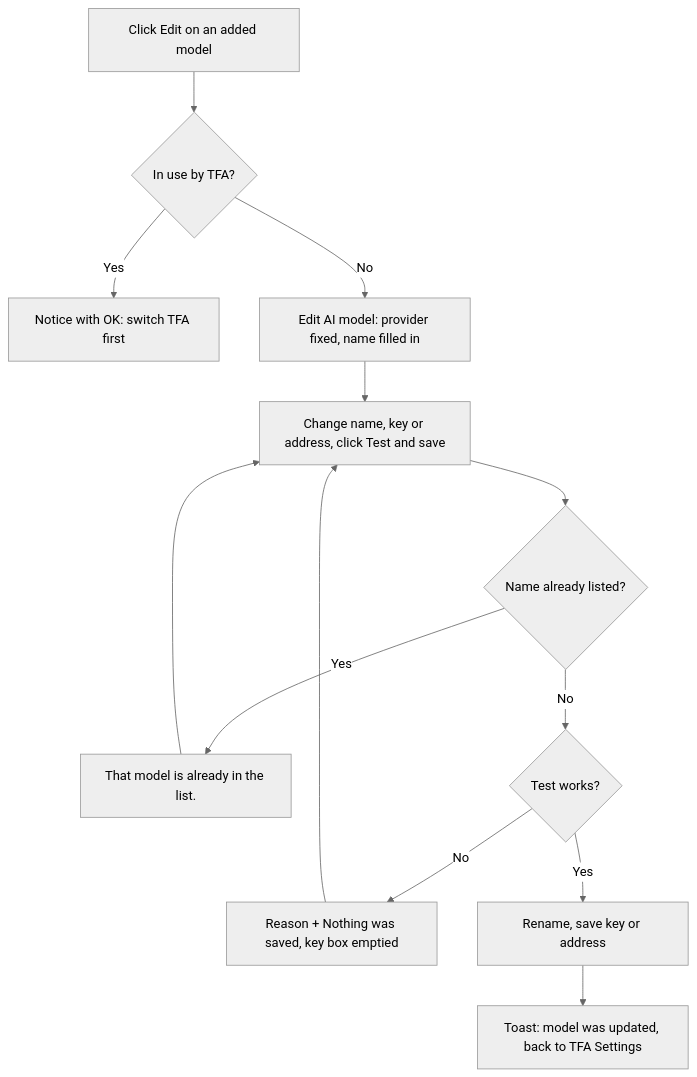
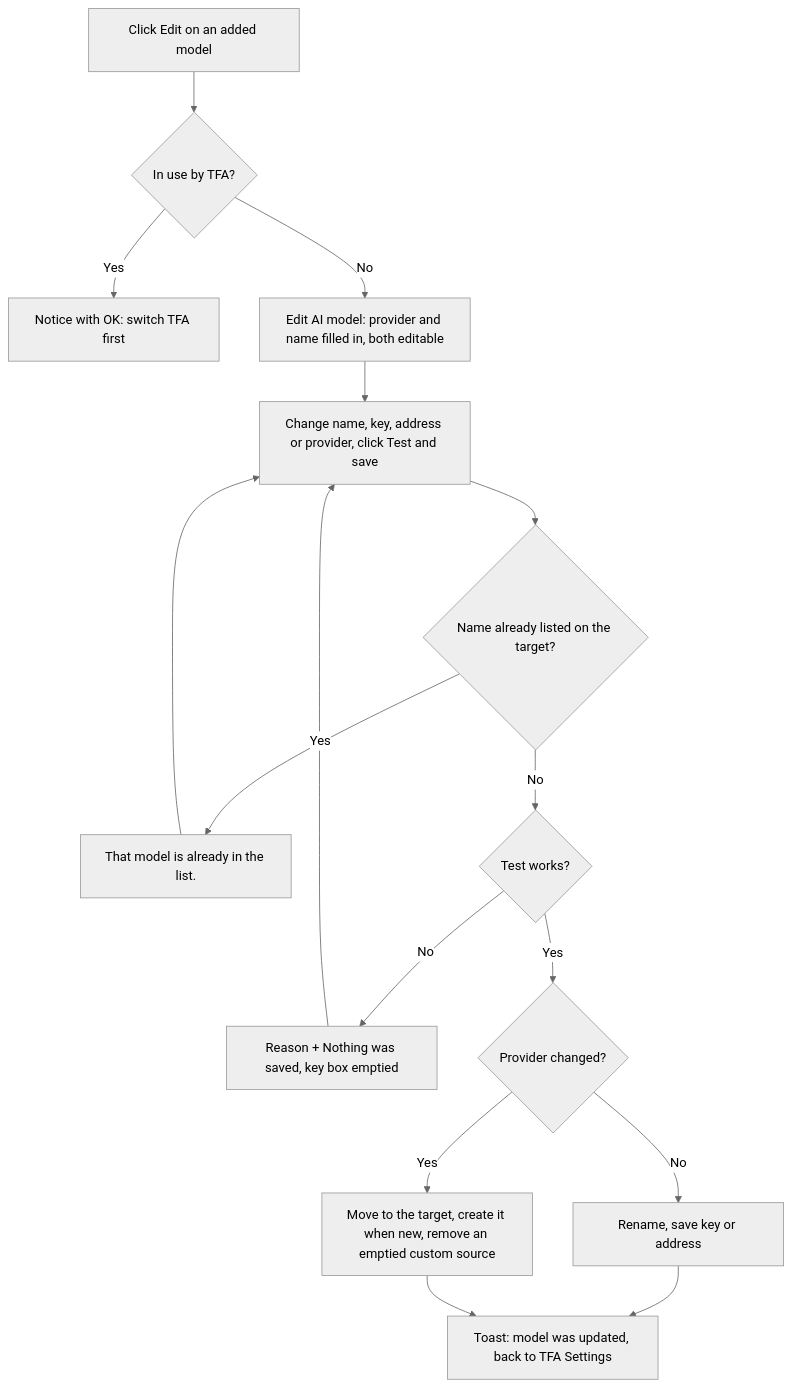
The fifth of 7 diagrams in TF - Documents/TF - FRD/06-Settings/06.3-TFA-Settings/FRD-TFA-Settings.md (jojogeorge3344/TaskFlow-Project), drawn with Mermaid (neutral theme) before and after one commit. The commit also changed other lines of this file and 8 other files, not shown here.

````diff
--- a/TF - Documents/TF - FRD/06-Settings/06.3-TFA-Settings/FRD-TFA-Settings.md
+++ b/TF - Documents/TF - FRD/06-Settings/06.3-TFA-Settings/FRD-TFA-Settings.md
@@ -351,13 +390,16 @@
 ```mermaid
 flowchart TD
   A["Click Edit on an added model"] --> B{"In use by TFA?"}
   B -- Yes --> C["Notice with OK: switch TFA first"]
-  B -- No --> D["Edit AI model: provider fixed, name filled in"]
-  D --> E["Change name, key or address, click Test and save"]
-  E --> F{"Name already listed?"}
+  B -- No --> D["Edit AI model: provider and name filled in, both editable"]
+  D --> E["Change name, key, address or provider, click Test and save"]
+  E --> F{"Name already listed on the target?"}
   F -- Yes --> G["That model is already in the list."] --> E
   F -- No --> H{"Test works?"}
   H -- No --> I["Reason + Nothing was saved, key box emptied"] --> E
-  H -- Yes --> J["Rename, save key or address"]
+  H -- Yes --> P{"Provider changed?"}
+  P -- No --> J["Rename, save key or address"]
+  P -- Yes --> M["Move to the target, create it when new, remove an emptied custom source"]
   J --> K["Toast: model was updated, back to TFA Settings"]
+  M --> K
 ```
````
